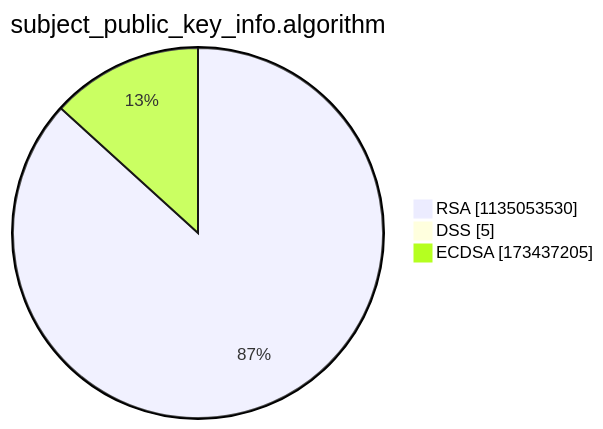
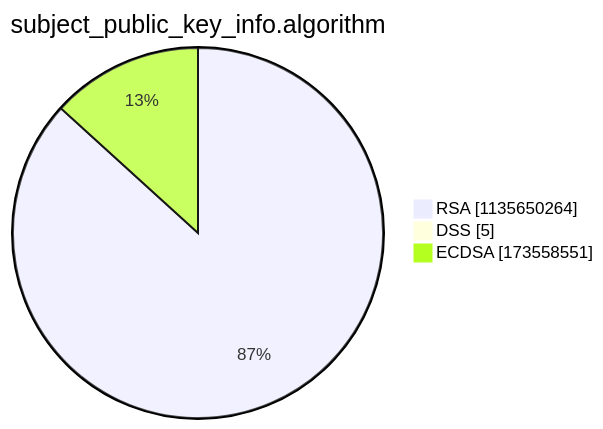
The third of 15 diagrams in argon2022/README.md (christiankrug/ctmonitor_visualization), drawn with Mermaid before and after one commit. The commit also changed other lines of this file, not shown here.

````diff
--- a/argon2022/README.md
+++ b/argon2022/README.md
@@ -14,7 +14,7 @@
 ```mermaid
 pie showData
 title subject_public_key_info.algorithm
-"RSA" :1135053530
+"RSA" :1135650264
 "DSS" :5
-"ECDSA" :173437205
+"ECDSA" :173558551
 ```
````
